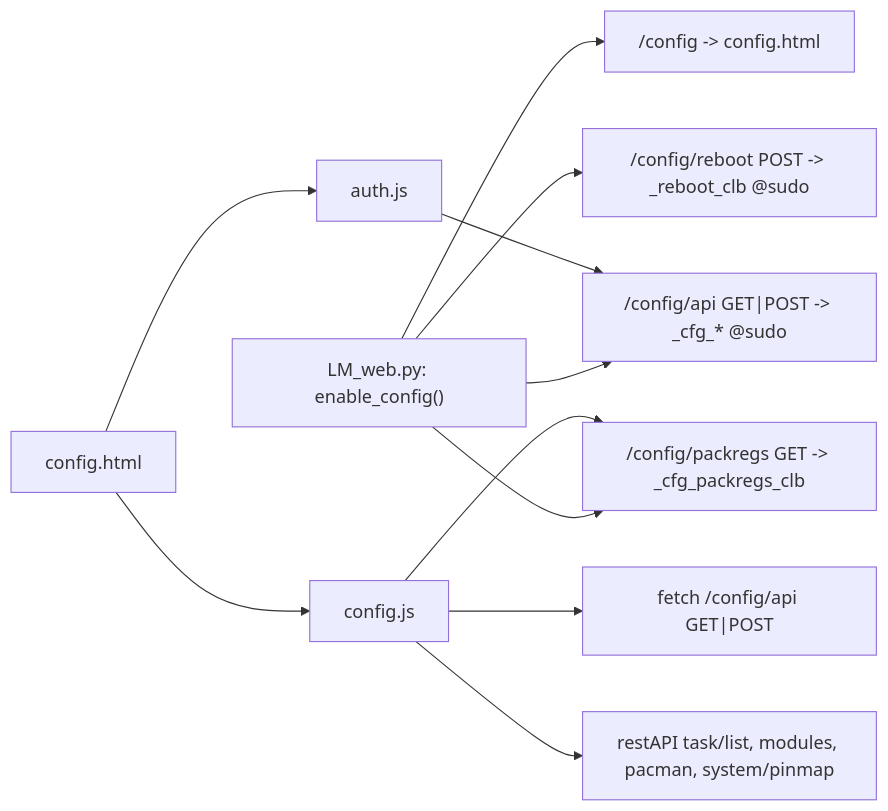
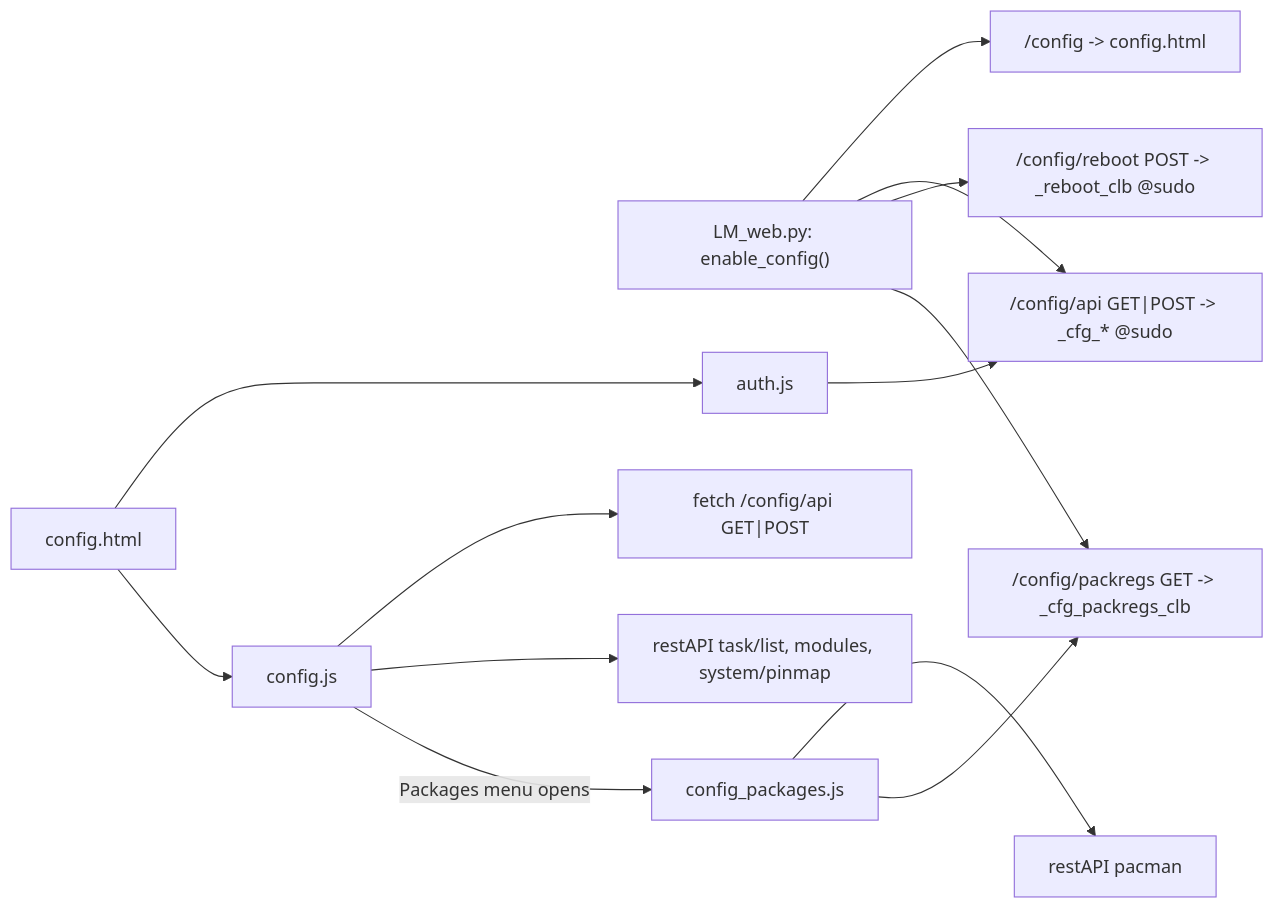
One commit to BxNxM/micrOS changed the fifth of 10 diagrams in micrOS/ARCHITECTURE.md. Above: the diagram before and after it, drawn with Mermaid. The commit also changed other lines of this file and 5 other files, not shown here.

First line of the commit message:
[micrOS][WebConfig] Lazy-load Config Packages UI and mark installed packages

````diff
--- a/micrOS/ARCHITECTURE.md
+++ b/micrOS/ARCHITECTURE.md
@@ -292,13 +292,15 @@
 ```mermaid
 flowchart LR
     A["LM_web.py: enable_config()"] --> B["/config -> config.html"]
     A --> C["/config/api GET|POST -> _cfg_* @sudo"]
     A --> D["/config/reboot POST -> _reboot_clb @sudo"]
     A --> J["/config/packregs GET -> _cfg_packregs_clb"]
     E["config.html"] --> F["auth.js"]
     E --> G["config.js"]
     G --> H["fetch /config/api GET|POST"]
-    G --> I["restAPI task/list, modules, pacman, system/pinmap"]
+    G --> I["restAPI task/list, modules, system/pinmap"]
+    G -->|Packages menu opens| K["config_packages.js"]
+    K --> L["restAPI pacman"]
     F --> C
-    G --> J
+    K --> J
 ```
````
